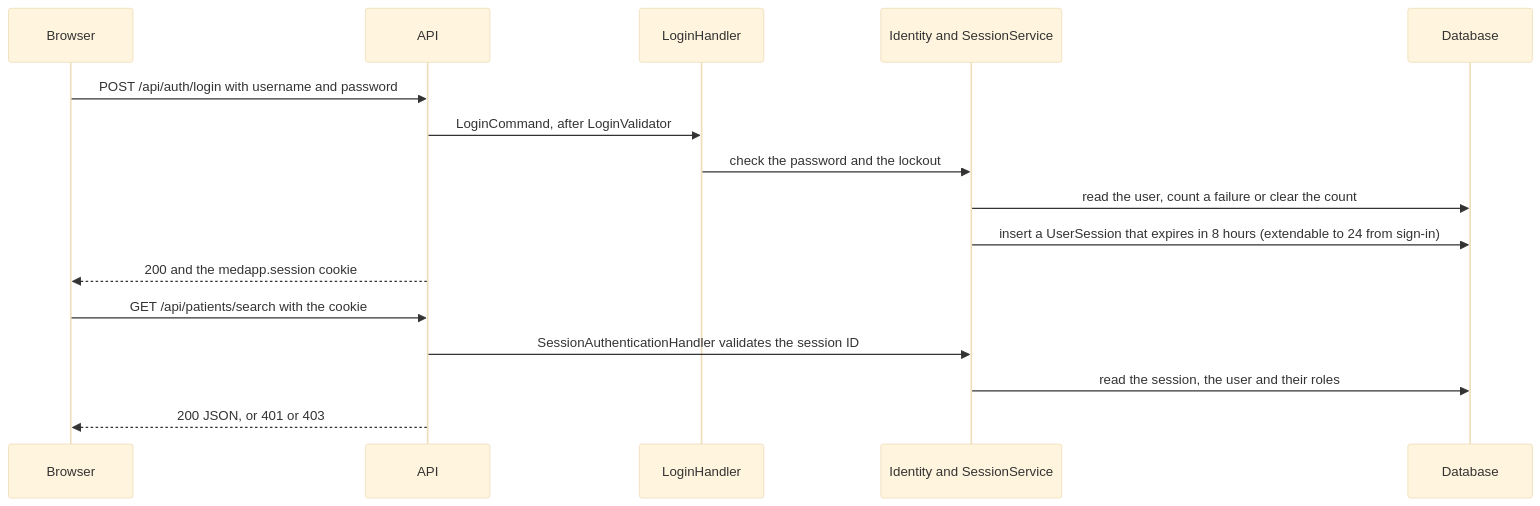
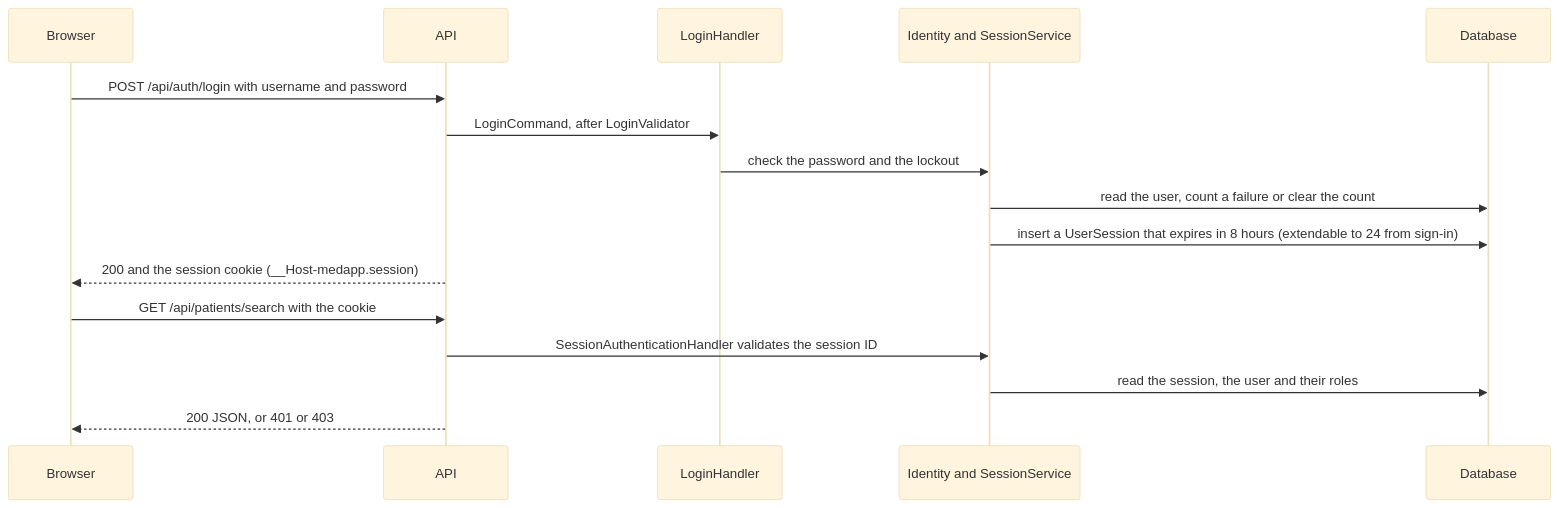
Before and after one commit to Aliator/MedApp: the sixth of 10 diagrams in docs/architecture.md, drawn with Mermaid (base theme). The commit also changed other lines of this file and 12 other files, not shown here.

````diff
--- a/docs/architecture.md
+++ b/docs/architecture.md
@@ -632,18 +632,18 @@
 ```mermaid
 sequenceDiagram
     participant B as Browser
     participant A as API
     participant H as LoginHandler
     participant S as Identity and SessionService
     participant D as Database
     B->>A: POST /api/auth/login with username and password
     A->>H: LoginCommand, after LoginValidator
     H->>S: check the password and the lockout
     S->>D: read the user, count a failure or clear the count
     S->>D: insert a UserSession that expires in 8 hours (extendable to 24 from sign-in)
-    A-->>B: 200 and the medapp.session cookie
+    A-->>B: 200 and the session cookie (__Host-medapp.session)
     B->>A: GET /api/patients/search with the cookie
     A->>S: SessionAuthenticationHandler validates the session ID
     S->>D: read the session, the user and their roles
     A-->>B: 200 JSON, or 401 or 403
 ```
````
